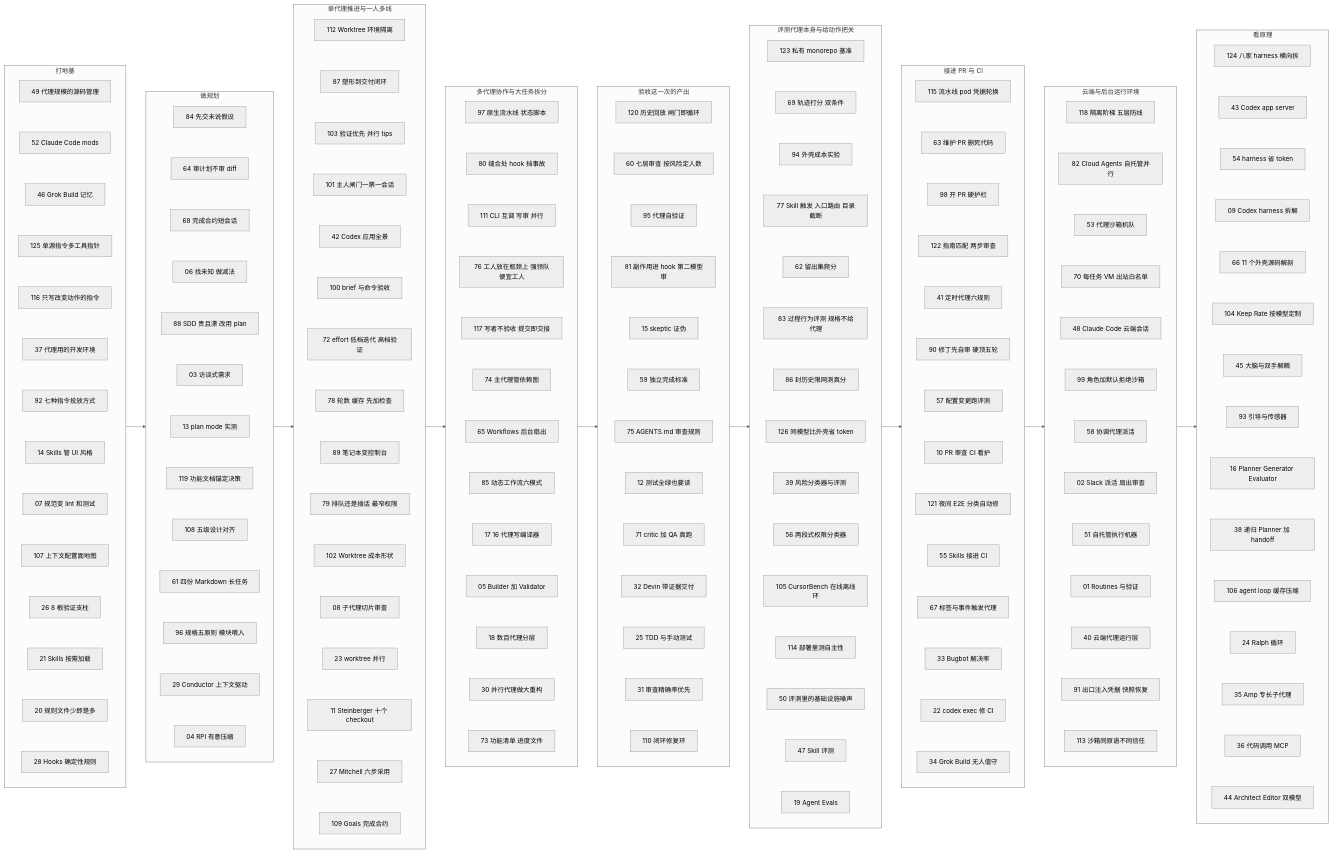
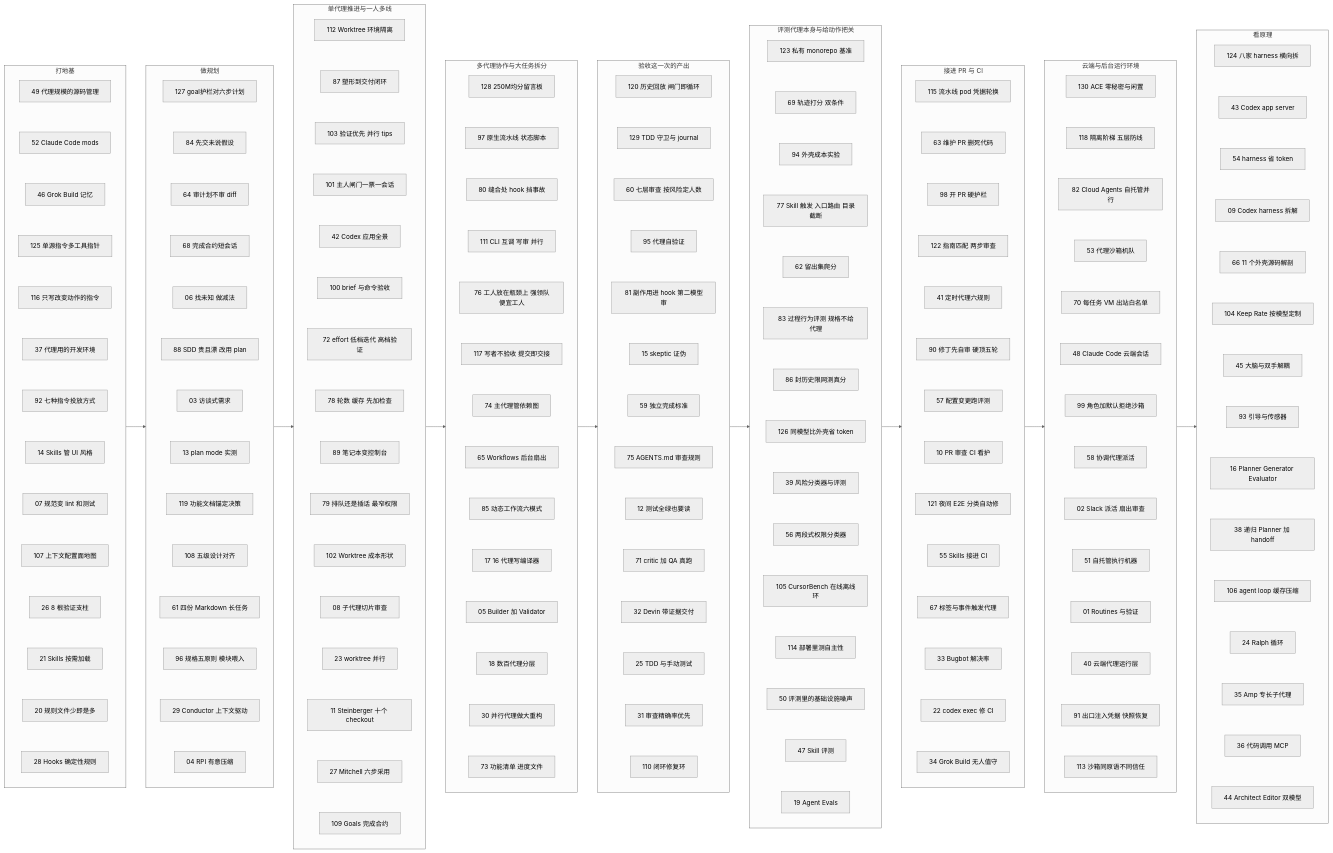
Before and after one commit to yzw7489757/ai-coding-videos: the diagram in docs/index.md, drawn with Mermaid (neutral theme). The commit also changed other lines of this file and 17 other files, not shown here.

Commit message:
第二十四批收录 #127–#130：goal vs plan、MirrorCode 多代理、TDD hooks、Google ACE

```diff
--- a/docs/index.md
+++ b/docs/index.md
@@ -146,6 +146,7 @@
   end
   subgraph S2["做规划"]
     direction TB
+    A127["127 goal护栏对六步计划"]
     A84["84 先交未说假设"]
     A64["64 审计划不审 diff"]
     A68["68 完成合约短会话"]
@@ -159,6 +160,7 @@
     A96["96 规格五原则 模块喂入"]
     A29["29 Conductor 上下文驱动"]
     A04["04 RPI 有意压缩"]
+    A127 ~~~ A84
     A84 ~~~ A64
     A64 ~~~ A68
     A68 ~~~ A06
@@ -208,6 +210,7 @@
   end
   subgraph S4["多代理协作与大任务拆分"]
     direction TB
+    A128["128 250M均分留言板"]
     A97["97 原生流水线 状态脚本"]
     A80["80 缝合处 hook 挡事故"]
     A111["111 CLI 互调 写审 并行"]
@@ -221,6 +224,7 @@
     A18["18 数百代理分层"]
     A30["30 并行代理做大重构"]
     A73["73 功能清单 进度文件"]
+    A128 ~~~ A97
     A97 ~~~ A80
     A80 ~~~ A111
     A111 ~~~ A76
@@ -237,6 +241,7 @@
   subgraph S5["验收这一次的产出"]
     direction TB
     A120["120 历史回放 闸门即循环"]
+    A129["129 TDD 守卫与 journal"]
     A60["60 七层审查 按风险定人数"]
     A95["95 代理自验证"]
     A81["81 副作用进 hook 第二模型审"]
@@ -249,7 +254,8 @@
     A25["25 TDD 与手动测试"]
     A31["31 审查精确率优先"]
     A110["110 闭环修复环"]
-    A120 ~~~ A60
+    A120 ~~~ A129
+    A129 ~~~ A60
     A60 ~~~ A95
     A95 ~~~ A81
     A81 ~~~ A15
@@ -326,6 +332,7 @@
   end
   subgraph S8["云端与后台运行环境"]
     direction TB
+    A130["130 ACE 零秘密与闲置"]
     A118["118 隔离阶梯 五层防线"]
     A82["82 Cloud Agents 自托管并行"]
     A53["53 代理沙箱机队"]
@@ -339,6 +346,7 @@
     A40["40 云端代理运行层"]
     A91["91 出口注入凭据 快照恢复"]
     A113["113 沙箱同原语不同信任"]
+    A130 ~~~ A118
     A118 ~~~ A82
     A82 ~~~ A53
     A53 ~~~ A70
```
